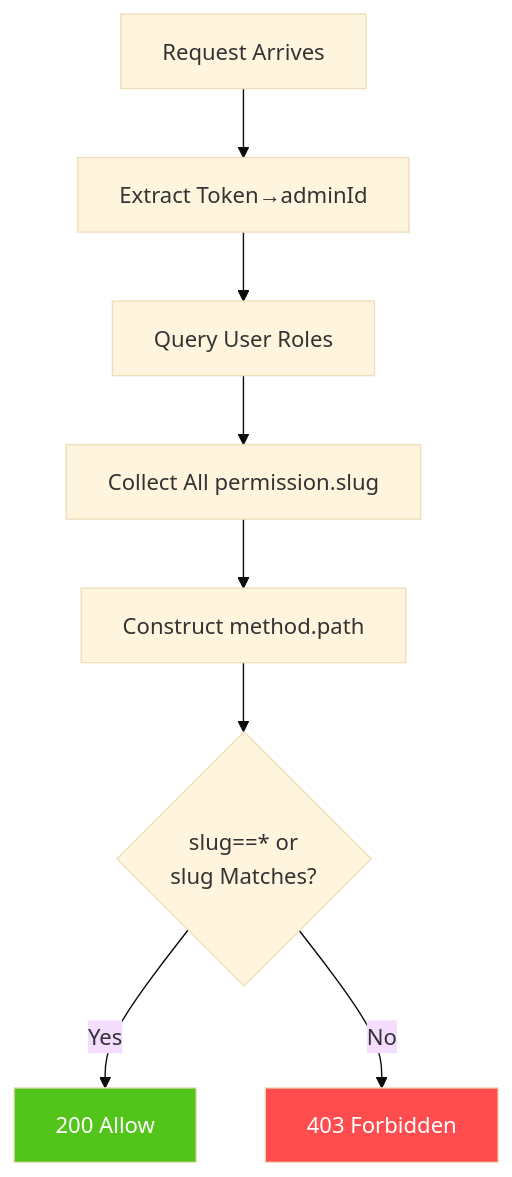
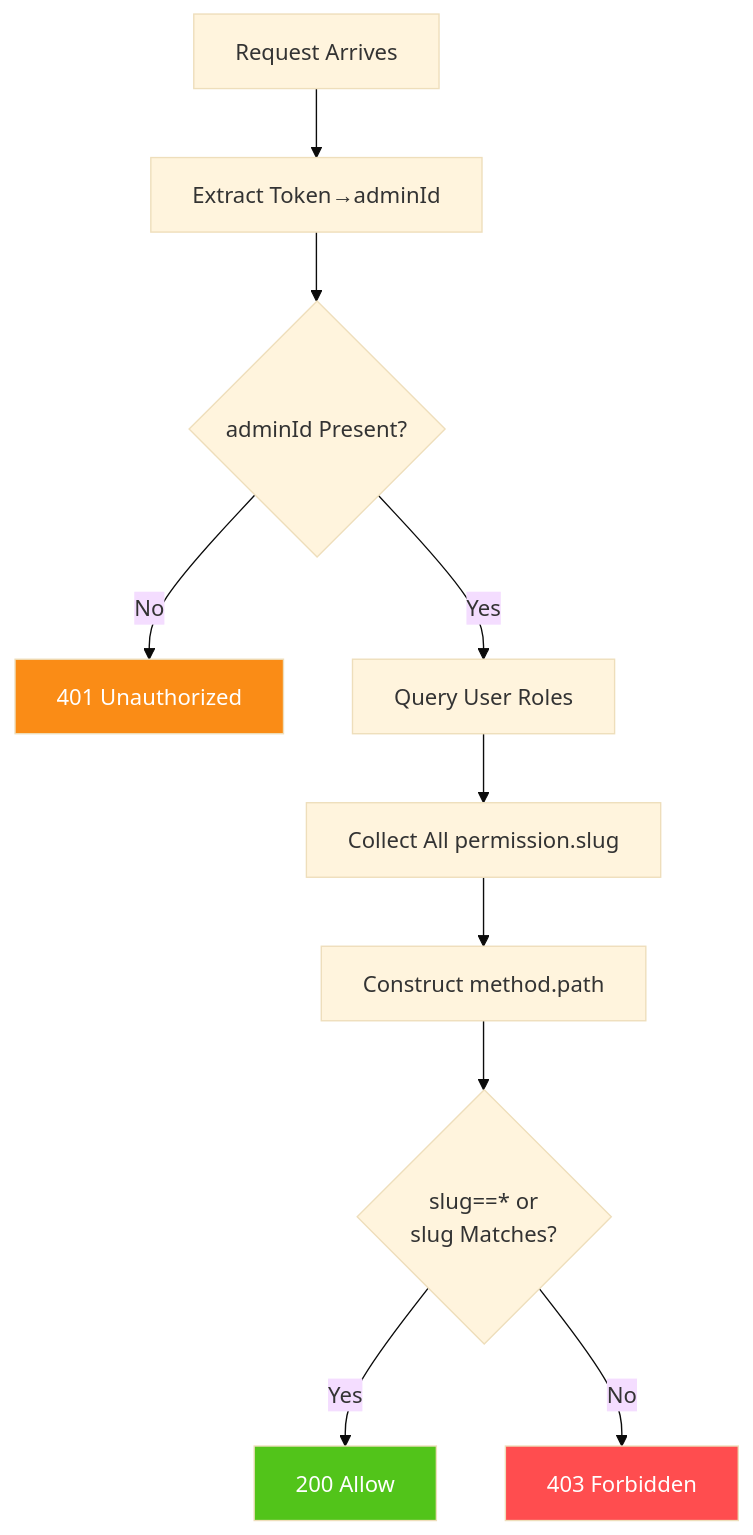
Before and after one commit to erikwang2013/integrated-global-logistics: the second of 3 diagrams in admin/docs/diagrams/05-rbac-model.en.md, drawn with Mermaid (base theme). The commit also changed other lines of this file and 88 other files, not shown here.

````diff
--- a/admin/docs/diagrams/05-rbac-model.en.md
+++ b/admin/docs/diagrams/05-rbac-model.en.md
@@ -48,13 +48,16 @@
 ```mermaid
 flowchart TD
     start["Request Arrives"] --> extract["Extract Token→adminId"]
-    extract --> findRoles["Query User Roles"]
+    extract --> hasId{"adminId Present?"}
+    hasId -->|"No"| unauth["401 Unauthorized"]
+    hasId -->|"Yes"| findRoles["Query User Roles"]
     findRoles --> collectSlug["Collect All permission.slug"]
     collectSlug --> buildKey["Construct method.path"]
     buildKey --> check{"slug==* or<br/>slug Matches?"}
     check -->|"Yes"| allow["200 Allow"]
     check -->|"No"| deny["403 Forbidden"]
 
     style allow fill:#52C41A,color:#fff
     style deny fill:#FF4D4F,color:#fff
+    style unauth fill:#FA8C16,color:#fff
 ```
````
